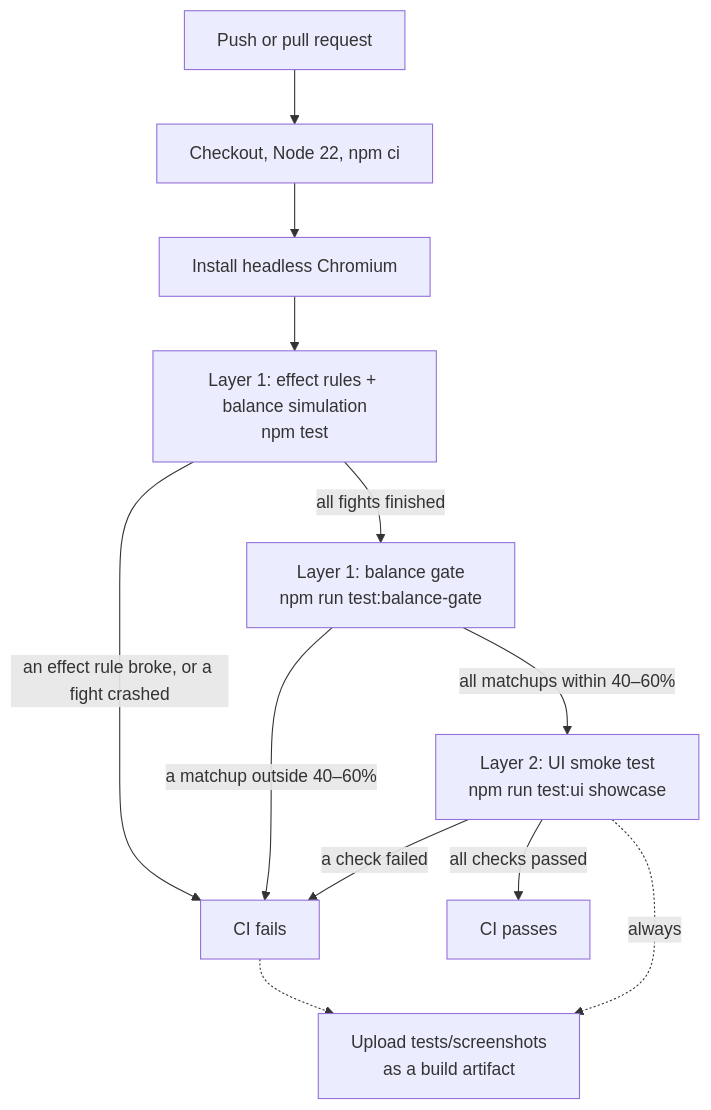
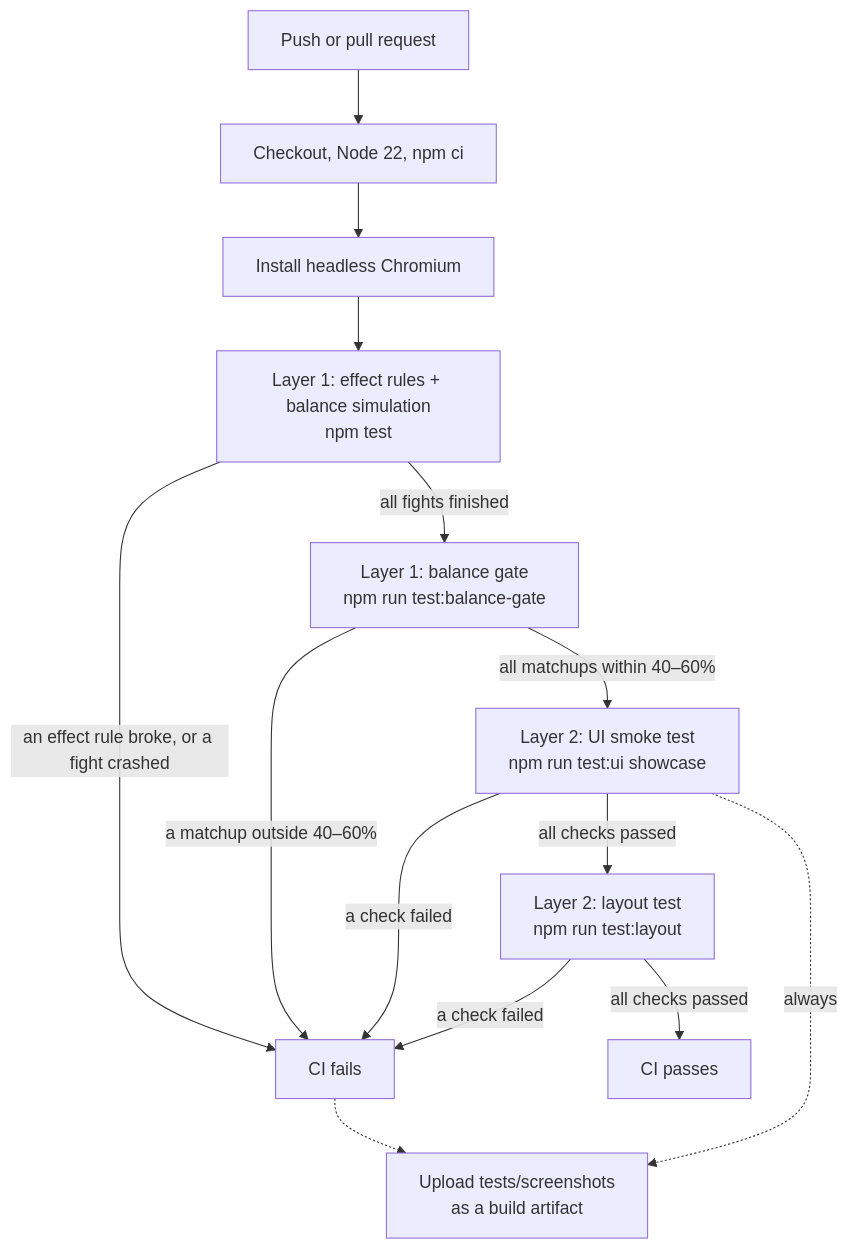
Before and after one commit to Heaxyle/drake-arena: the diagram in TESTING.md, drawn with Mermaid. The commit also changed other lines of this file and 27 other files, not shown here.

````diff
--- a/TESTING.md
+++ b/TESTING.md
@@ -12,14 +12,16 @@
 ```mermaid
 flowchart TD
     A[Push or pull request] --> B[Checkout, Node 22, npm ci]
     B --> C[Install headless Chromium]
     C --> D["Layer 1: effect rules + balance simulation<br/>npm test"]
     D -->|an effect rule broke, or a fight crashed| X[CI fails]
     D -->|all fights finished| G["Layer 1: balance gate<br/>npm run test:balance-gate"]
     G -->|a matchup outside 40–60%| X
     G -->|all matchups within 40–60%| E["Layer 2: UI smoke test<br/>npm run test:ui showcase"]
     E -->|a check failed| X
-    E -->|all checks passed| P[CI passes]
+    E -->|all checks passed| L["Layer 2: layout test<br/>npm run test:layout"]
+    L -->|a check failed| X
+    L -->|all checks passed| P[CI passes]
     E -.->|always| S[Upload tests/screenshots<br/>as a build artifact]
     X -.-> S
 ```
````
